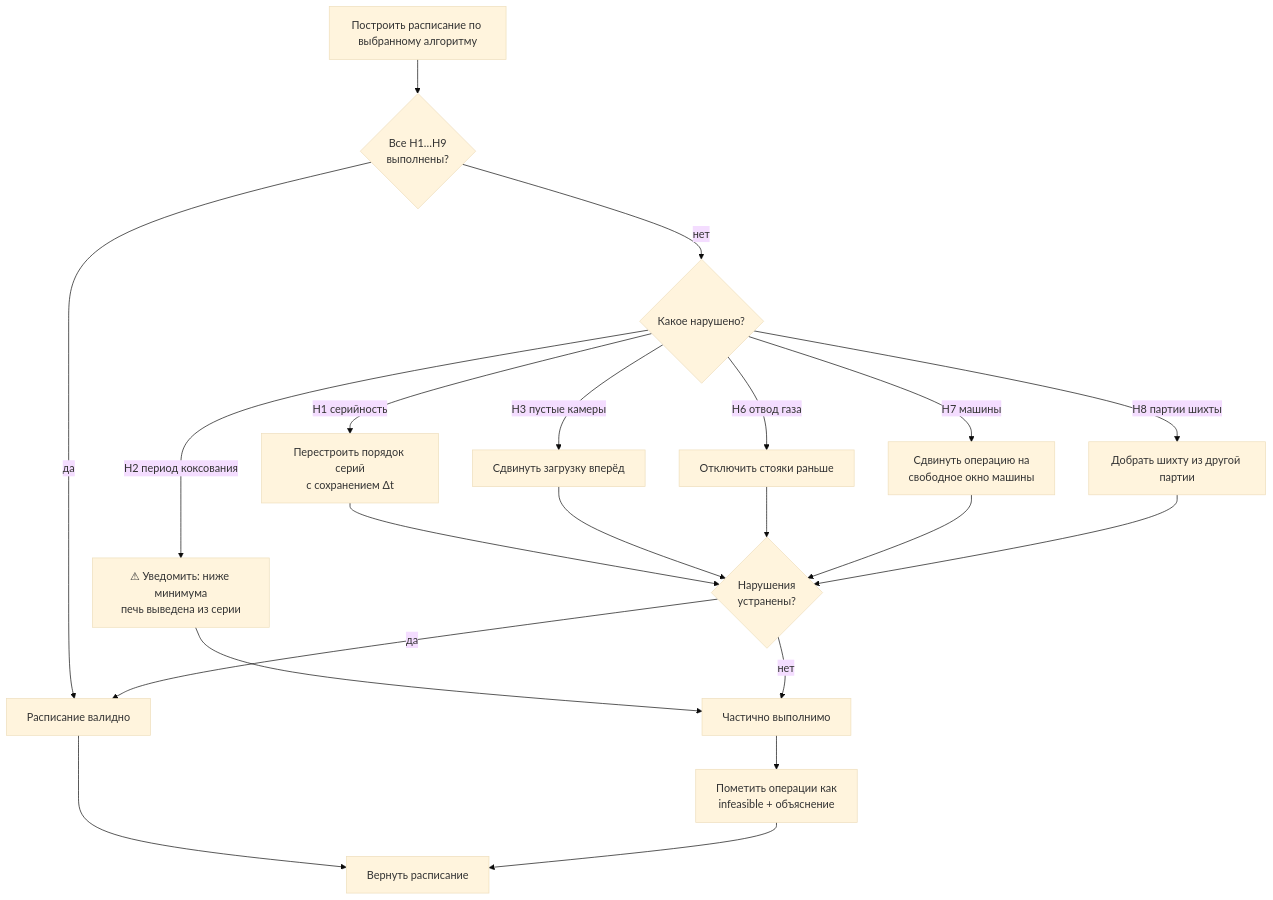
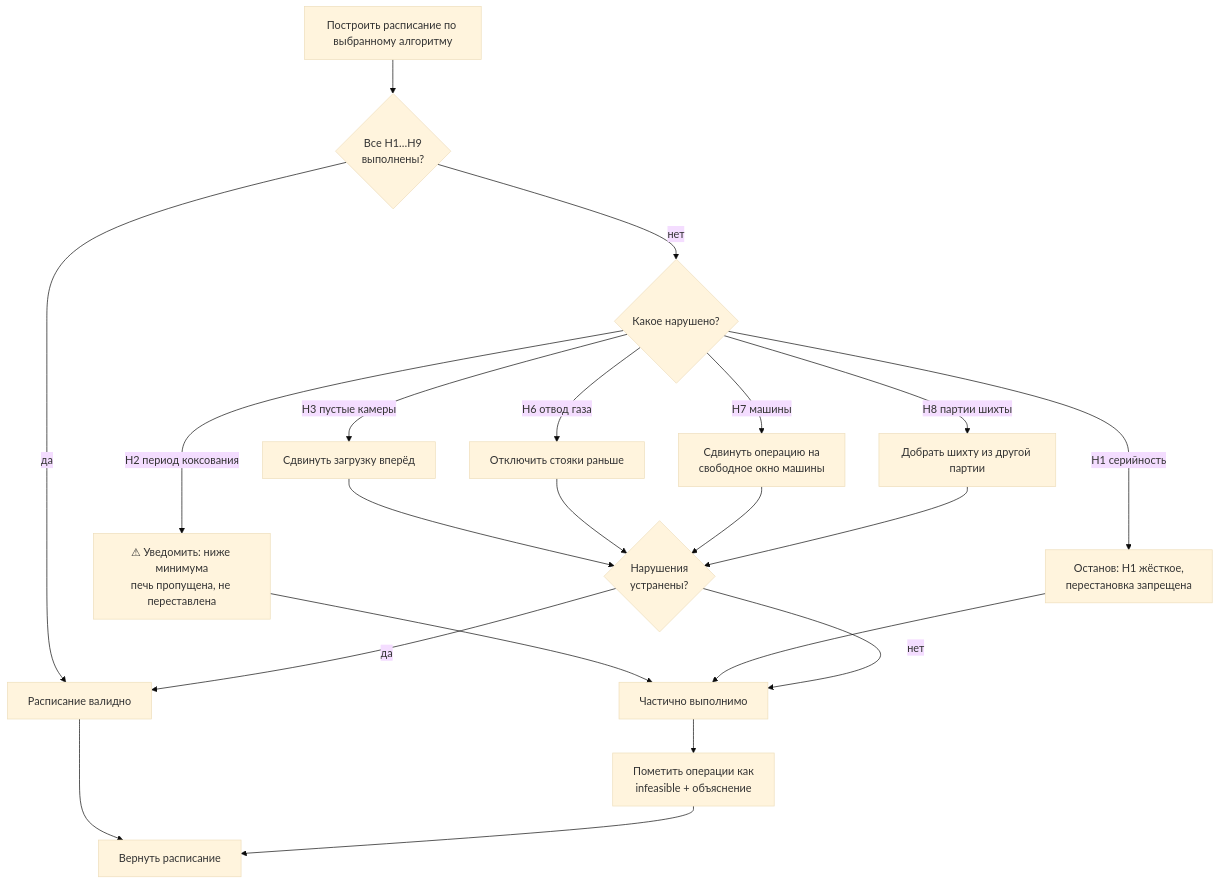
The second of 3 diagrams in docs/05-алгоритмы-планирования.md (qsss-q/Production-schedule-generation-and-control-system), drawn with Mermaid (base theme) before and after one commit. The commit also changed other lines of this file and 30 other files, not shown here.

````diff
--- a/docs/05-алгоритмы-планирования.md
+++ b/docs/05-алгоритмы-планирования.md
@@ -373,24 +465,24 @@
 ```mermaid
 flowchart TD
     START["Построить расписание по выбранному алгоритму"] --> CHECK{"Все H1…H9<br/>выполнены?"}
     CHECK -->|да| OK["Расписание валидно"]
     CHECK -->|нет| GRADE{"Какое нарушено?"}
-    GRADE -->|"H1 серийность"| G1["Перестроить порядок серий<br/>с сохранением Δt"]
+    GRADE -->|"H1 серийность"| G1["Останов: H1 жёсткое,<br/>перестановка запрещена"]
     GRADE -->|"H3 пустые камеры"| G3["Сдвинуть загрузку вперёд"]
     GRADE -->|"H6 отвод газа"| G6["Отключить стояки раньше"]
     GRADE -->|"H7 машины"| G7["Сдвинуть операцию на<br/>свободное окно машины"]
     GRADE -->|"H8 партии шихты"| G8["Добрать шихту из другой партии"]
-    GRADE -->|"H2 период коксования"| G2["⚠ Уведомить: ниже минимума<br/>печь выведена из серии"]
-    G1 --> RECHECK
+    GRADE -->|"H2 период коксования"| G2["⚠ Уведомить: ниже минимума<br/>печь пропущена, не переставлена"]
     G3 --> RECHECK
     G6 --> RECHECK
     G7 --> RECHECK
     G8 --> RECHECK
     G2 --> PARTIAL
+    G1 --> PARTIAL
     RECHECK{"Нарушения<br/>устранены?"}
     RECHECK -->|нет| PARTIAL["Частично выполнимо"]
     RECHECK -->|да| OK
     PARTIAL --> MARK["Пометить операции как<br/>infeasible + объяснение"]
     OK --> DONE["Вернуть расписание"]
     MARK --> DONE
 ```
````
